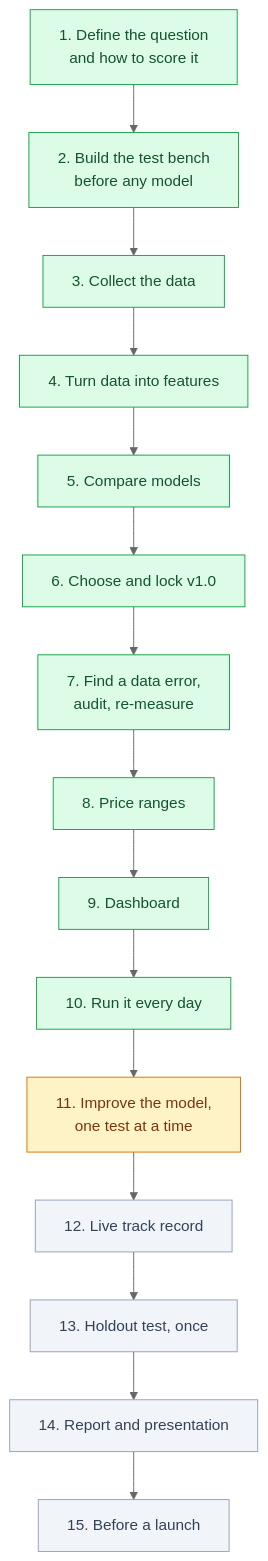
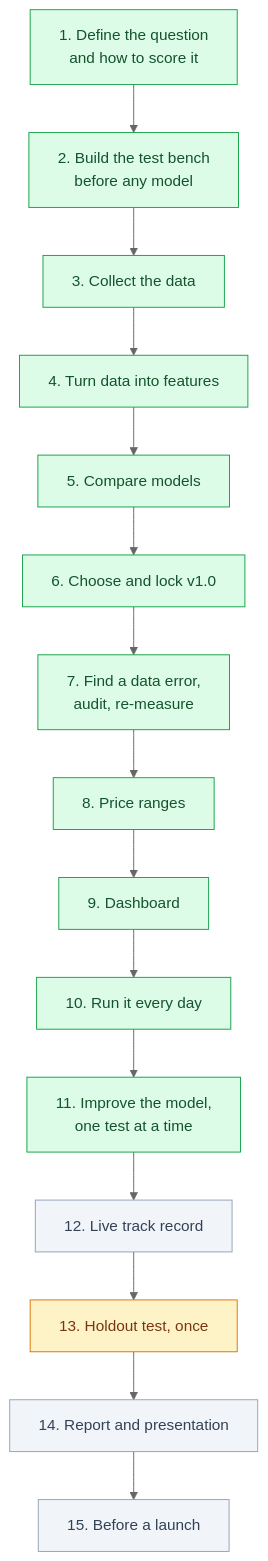
One commit to Naveed-CoLab/LatticeX changed the diagram in docs/project-flow.md. Above: the diagram before and after it, drawn with Mermaid (neutral theme). The commit also changed other lines of this file and 17 other files, not shown here.

````diff
--- a/docs/project-flow.md
+++ b/docs/project-flow.md
@@ -18,23 +18,23 @@
 ```mermaid
 flowchart TD
     S1["1. Define the question<br/>and how to score it"] --> S2["2. Build the test bench<br/>before any model"]
     S2 --> S3["3. Collect the data"]
     S3 --> S4["4. Turn data into features"]
     S4 --> S5["5. Compare models"]
     S5 --> S6["6. Choose and lock v1.0"]
     S6 --> S7["7. Find a data error,<br/>audit, re-measure"]
     S7 --> S8["8. Price ranges"]
     S8 --> S9["9. Dashboard"]
     S9 --> S10["10. Run it every day"]
     S10 --> S11["11. Improve the model,<br/>one test at a time"]
     S11 --> S12["12. Live track record"]
     S12 --> S13["13. Holdout test, once"]
     S13 --> S14["14. Report and presentation"]
     S14 --> S15["15. Before a launch"]
     classDef done fill:#dcfce7,stroke:#16a34a,color:#14532d
     classDef now fill:#fef3c7,stroke:#d97706,color:#78350f
     classDef next fill:#f1f5f9,stroke:#94a3b8,color:#334155
-    class S1,S2,S3,S4,S5,S6,S7,S8,S9,S10 done
-    class S11 now
-    class S12,S13,S14,S15 next
+    class S1,S2,S3,S4,S5,S6,S7,S8,S9,S10,S11 done
+    class S13 now
+    class S12,S14,S15 next
 ```
````
